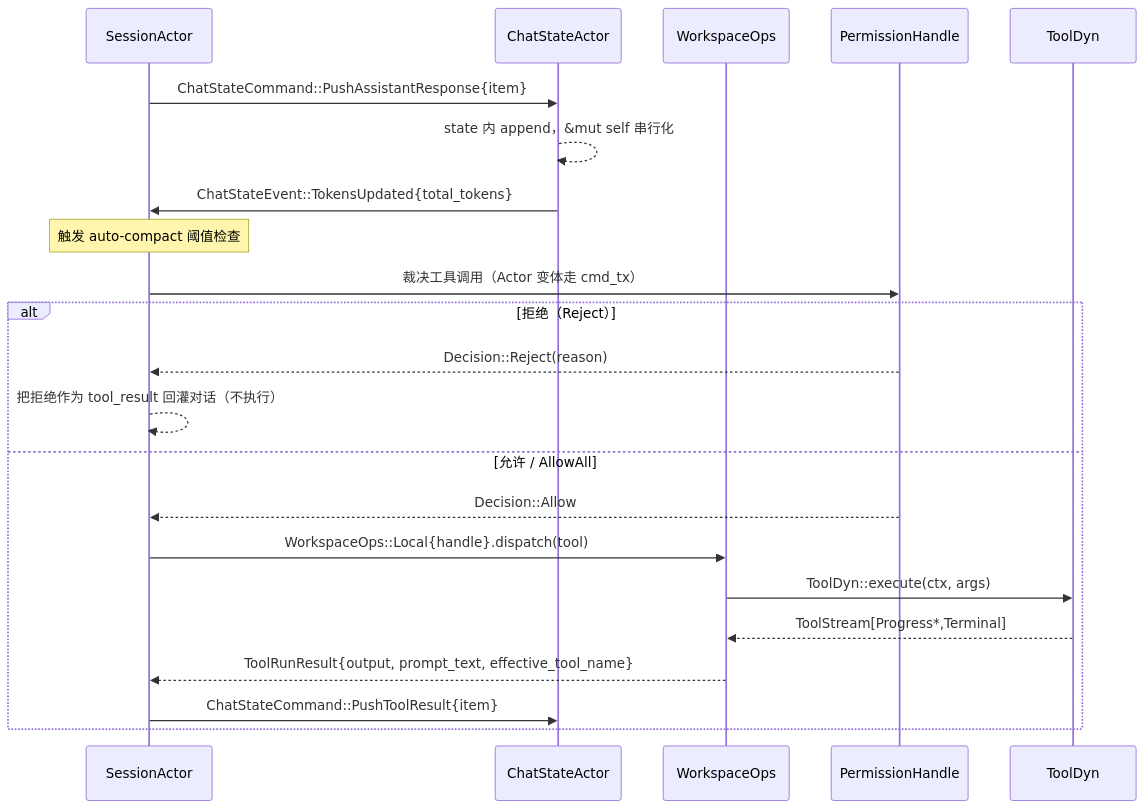
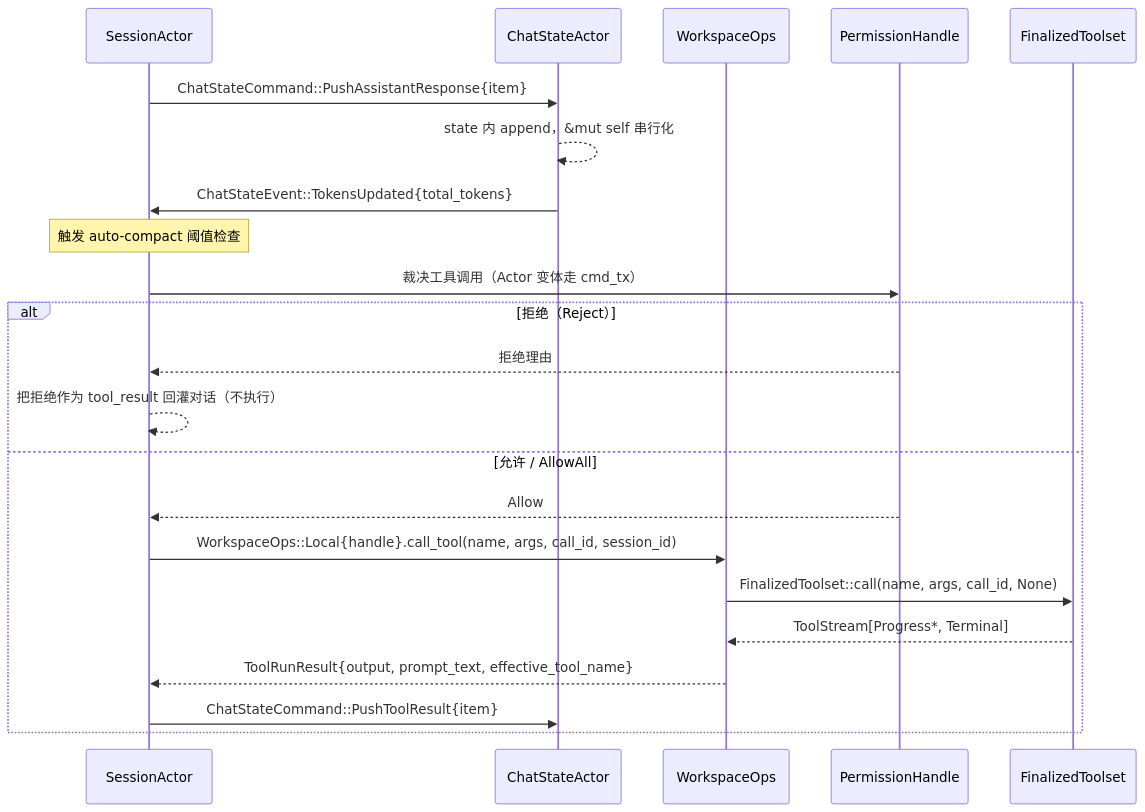
One commit to adrian9778/grok-build changed the second of 2 diagrams in docs/adrian/sourceReader/04-核心模块与类关系.md. Above: the diagram before and after it, drawn with Mermaid. The commit also changed other lines of this file and 18 other files, not shown here.

````diff
--- a/docs/adrian/sourceReader/04-核心模块与类关系.md
+++ b/docs/adrian/sourceReader/04-核心模块与类关系.md
@@ -322,26 +402,26 @@
 ```mermaid
 sequenceDiagram
     participant S as SessionActor
     participant C as ChatStateActor
     participant W as WorkspaceOps
     participant P as PermissionHandle
-    participant T as ToolDyn
+    participant T as FinalizedToolset
 
     S->>C: ChatStateCommand::PushAssistantResponse{item}
     C-->>C: state 内 append，&mut self 串行化
     C->>S: ChatStateEvent::TokensUpdated{total_tokens}
     Note over S: 触发 auto-compact 阈值检查
 
     S->>P: 裁决工具调用（Actor 变体走 cmd_tx）
     alt 拒绝（Reject）
-        P-->>S: Decision::Reject(reason)
+        P-->>S: 拒绝理由
         S-->>S: 把拒绝作为 tool_result 回灌对话（不执行）
     else 允许 / AllowAll
-        P-->>S: Decision::Allow
-        S->>W: WorkspaceOps::Local{handle}.dispatch(tool)
-        W->>T: ToolDyn::execute(ctx, args)
-        T-->>W: ToolStream[Progress*,Terminal]
+        P-->>S: Allow
+        S->>W: WorkspaceOps::Local{handle}.call_tool(name, args, call_id, session_id)
+        W->>T: FinalizedToolset::call(name, args, call_id, None)
+        T-->>W: ToolStream[Progress*, Terminal]
         W-->>S: ToolRunResult{output, prompt_text, effective_tool_name}
         S->>C: ChatStateCommand::PushToolResult{item}
     end
 ```
````
